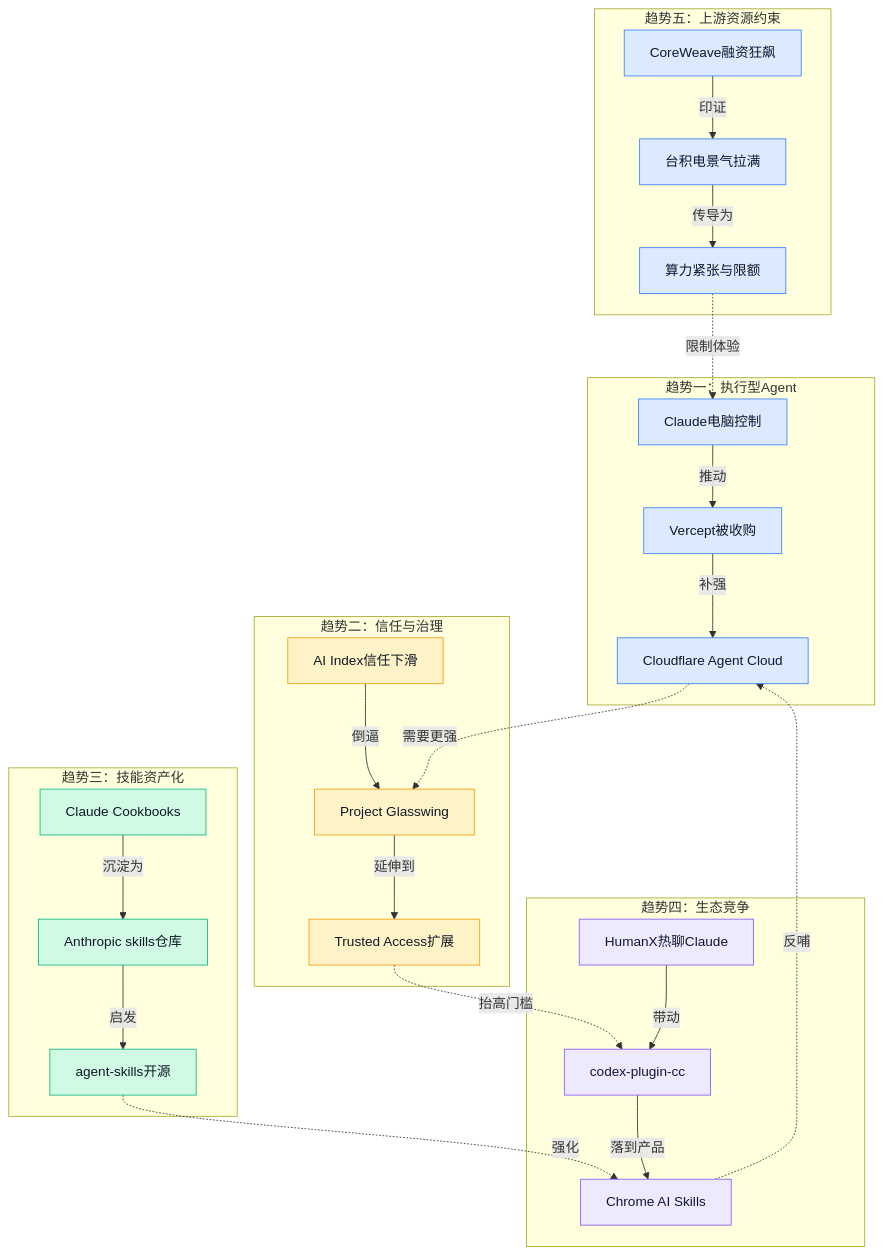
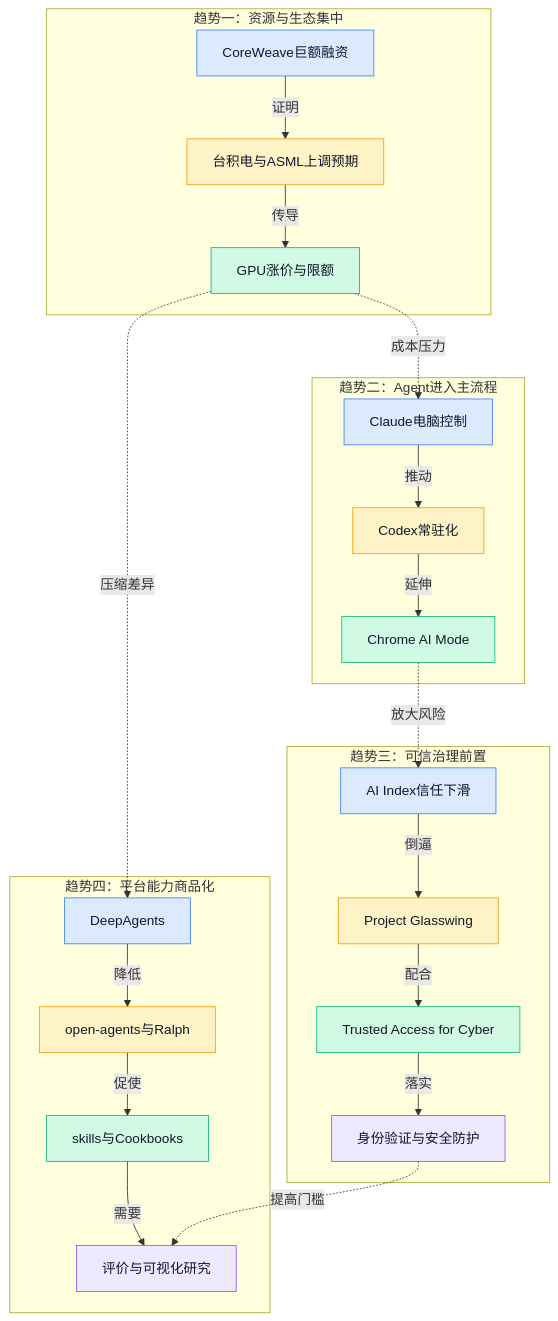
Before and after one commit to ylzsdafei/ai-daily-site: the eighth of 8 diagrams in content/cn/blog/weekly/2026-W16.md, drawn with Mermaid. The commit also changed other lines of this file and 4 other files, not shown here.

````diff
--- a/content/cn/blog/weekly/2026-W16.md
+++ b/content/cn/blog/weekly/2026-W16.md
@@ -262,52 +235,47 @@
 ```mermaid
 graph TD
-subgraph T1[趋势一：执行型Agent]
-A1[Claude电脑控制]
-A2[Vercept被收购]
-A3[Cloudflare Agent Cloud]
+subgraph T1[趋势一：资源与生态集中]
+A[CoreWeave巨额融资]
+B[台积电与ASML上调预期]
+C[GPU涨价与限额]
 end
-subgraph T2[趋势二：信任与治理]
-B1[AI Index信任下滑]
-B2[Project Glasswing]
-B3[Trusted Access扩展]
+subgraph T2[趋势二：Agent进入主流程]
+D[Claude电脑控制]
+E[Codex常驻化]
+F[Chrome AI Mode]
 end
-subgraph T3[趋势三：技能资产化]
-C1[Claude Cookbooks]
-C2[Anthropic skills仓库]
-C3[agent-skills开源]
+subgraph T3[趋势三：可信治理前置]
+G[AI Index信任下滑]
+H[Project Glasswing]
+I[Trusted Access for Cyber]
+J[身份验证与安全防护]
 end
-subgraph T4[趋势四：生态竞争]
-D1[HumanX热聊Claude]
-D2[codex-plugin-cc]
-D3[Chrome AI Skills]
+subgraph T4[趋势四：平台能力商品化]
+K[DeepAgents]
+L[open-agents与Ralph]
+M[skills与Cookbooks]
+N[评价与可视化研究]
 end
-subgraph T5[趋势五：上游资源约束]
-E1[CoreWeave融资狂飙]
-E2[台积电景气拉满]
-E3[算力紧张与限额]
-end
-A1 -->|推动| A2
-A2 -->|补强| A3
-B1 -->|倒逼| B2
-B2 -->|延伸到| B3
-C1 -->|沉淀为| C2
-C2 -->|启发| C3
-D1 -->|带动| D2
-D2 -->|落到产品| D3
-E1 -->|印证| E2
-E2 -->|传导为| E3
-E3 -.->|限制体验| A1
-A3 -.->|需要更强| B2
-B3 -.->|抬高门槛| D2
-C3 -.->|强化| D3
-D3 -.->|反哺| A3
+A -->|证明| B
+B -->|传导| C
+D -->|推动| E
+E -->|延伸| F
+G -->|倒逼| H
+H -->|配合| I
+I -->|落实| J
+K -->|降低| L
+L -->|促使| M
+M -->|需要| N
+C -.->|成本压力| D
+F -.->|放大风险| G
+J -.->|提高门槛| N
+C -.->|压缩差异| K
 classDef blue fill:#dbeafe,stroke:#3b82f6,color:#111827
 classDef yellow fill:#fef3c7,stroke:#f59e0b,color:#111827
 classDef green fill:#d1fae5,stroke:#10b981,color:#111827
 classDef purple fill:#ede9fe,stroke:#8b5cf6,color:#111827
-class A1,A2,A3 blue
-class B1,B2,B3 yellow
-class C1,C2,C3 green
-class D1,D2,D3 purple
-class E1,E2,E3 blue
+class A,D,G,K blue
+class B,E,H,L yellow
+class C,F,I,M green
+class J,N purple
 ```
````
